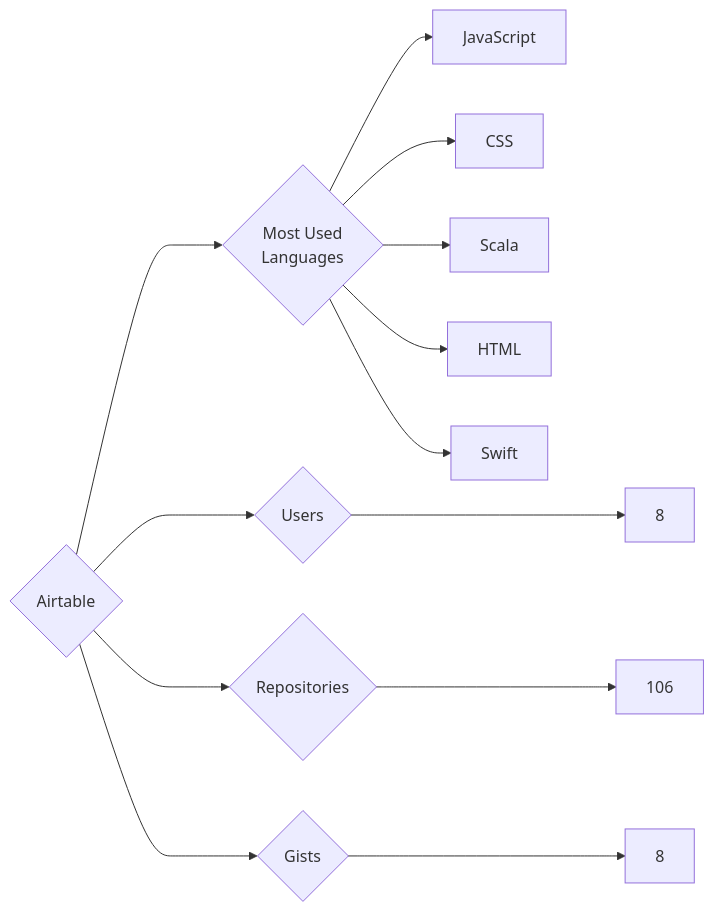
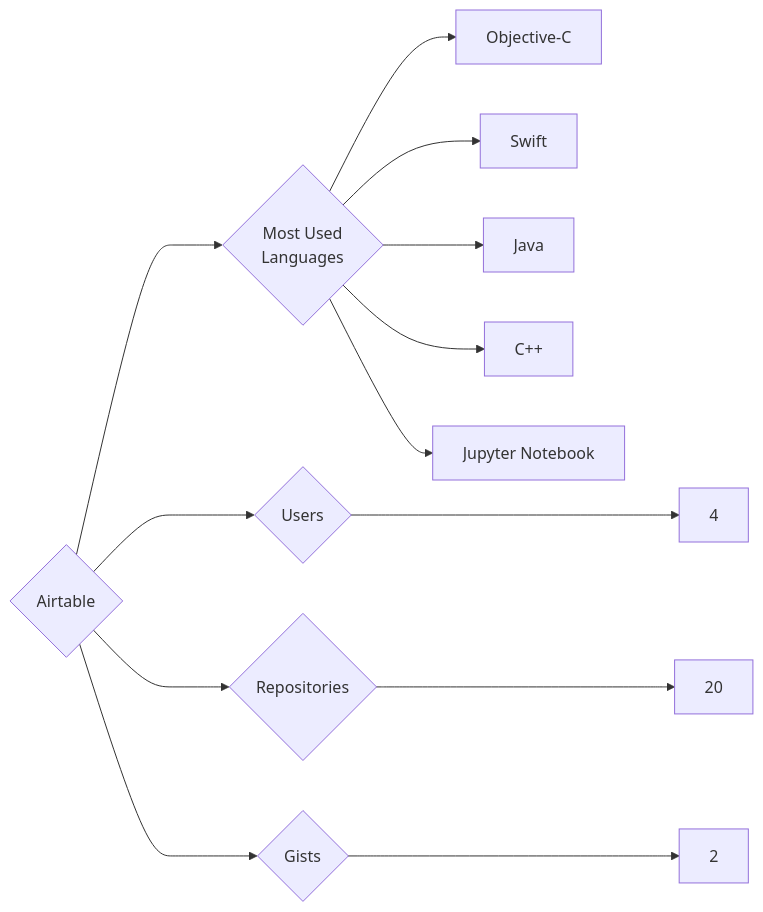
One commit to trickest/insiders changed the diagram in targets/Airtable/README.md. Above: the diagram before and after it, drawn with Mermaid. The commit also changed 880 other files, not shown here.

````diff
--- a/targets/Airtable/README.md
+++ b/targets/Airtable/README.md
@@ -3,13 +3,13 @@
 ```mermaid
 graph LR
 COMPANY_NAME{Airtable}
-COMPANY_NAME ---> U{Users} ---> UN[8]
-COMPANY_NAME ---> R{Repositories} ---> RN[106]
-COMPANY_NAME ---> G{Gists} ---> GN[8]
+COMPANY_NAME ---> U{Users} ---> UN[4]
+COMPANY_NAME ---> R{Repositories} ---> RN[20]
+COMPANY_NAME ---> G{Gists} ---> GN[2]
 COMPANY_NAME ---> ML{Most Used<br>Languages}
-ML --> JavaScript[JavaScript]
-ML --> CSS[CSS]
-ML --> Scala[Scala]
-ML --> HTML[HTML]
+ML --> Objective-C[Objective-C]
 ML --> Swift[Swift]
+ML --> Java[Java]
+ML --> C++[C++]
+ML --> Jupyter_Notebook[Jupyter Notebook]
 ```
````
